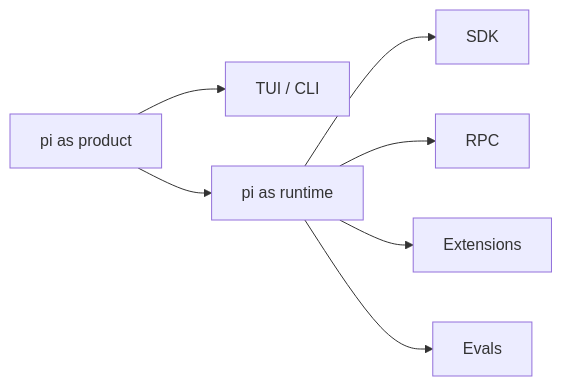
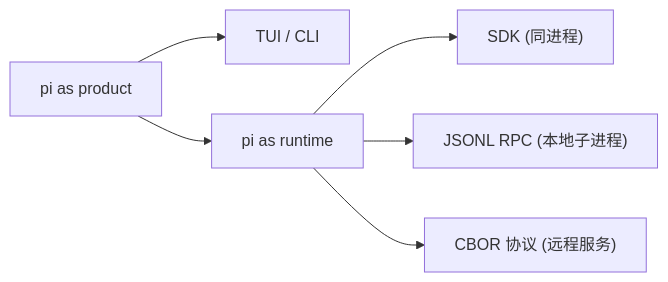
The second of 2 diagrams in docs/rpc-sdk.md (Pr1p/pi-runbook), drawn with Mermaid before and after one commit. The commit also changed other lines of this file and 7 other files, not shown here.

````diff
--- a/docs/rpc-sdk.md
+++ b/docs/rpc-sdk.md
@@ -397,9 +309,8 @@
 ```mermaid
 flowchart LR
-  A["pi as product"] --> B["TUI / CLI"]
-  A --> C["pi as runtime"]
-  C --> D["SDK"]
-  C --> E["RPC"]
-  C --> F["Extensions"]
-  C --> G["Evals"]
+    A["pi as product"] --> B["TUI / CLI"]
+    A --> C["pi as runtime"]
+    C --> D["SDK (同进程)"]
+    C --> E["JSONL RPC (本地子进程)"]
+    C --> F["CBOR 协议 (远程服务)"]
 ```
````
